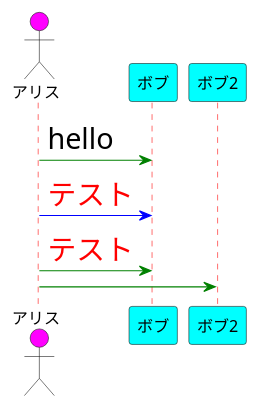
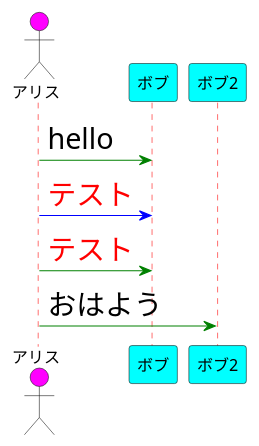
The diagram in style.pu (uemura4161/gitTest3), drawn with PlantUML before and after one commit.

Commit message:
おはようを追加

```diff
--- a/style.pu
+++ b/style.pu
@@ -1,47 +1,47 @@
 @startuml
  
 ' 棒人間を当てる場合はactorを使います
 actor アリス #ff00ff
 participant ボブ #00ffff
 
 participant ボブ2 #00ffff
 
 ' デザイン定義
 ' 共通する内容
 skinparam {
     backgroundColor white
     defaultFontName "Consolas,メイリオ"
 }
 ' ⇑　defaultFontNameの使い方を間違えると日本語がおかしくなる
 ' NG: defaultFontName Consolas,メイリオ
  
 ' シーケンス図に関するデザイン定義
 skinparam sequence {
     ' オブジェクト
     ParticipantBorderColor black
     ParticipantBackgroundColor white
     PartitionFontSize 15
     PartitionFontStyle bold
 
     ArrowFontSize 25
  
     ' 矢印
     ArrowColor green
  
     ' 棒人間
     ActorBorderColor Yellow
  
     ' ライフライン（縦棒）
     LifeLineBorderColor red
 }
  
+
 ' 作図コード
 アリス -> ボブ : hello
 アリス [#0000ff]-> ボブ : <color:red>テスト
 アリス -> ボブ : <color:red>テスト
 
-アリス -> ボブ2
-
+アリス -> ボブ2 : おはよう
 
 
 @enduml
```
